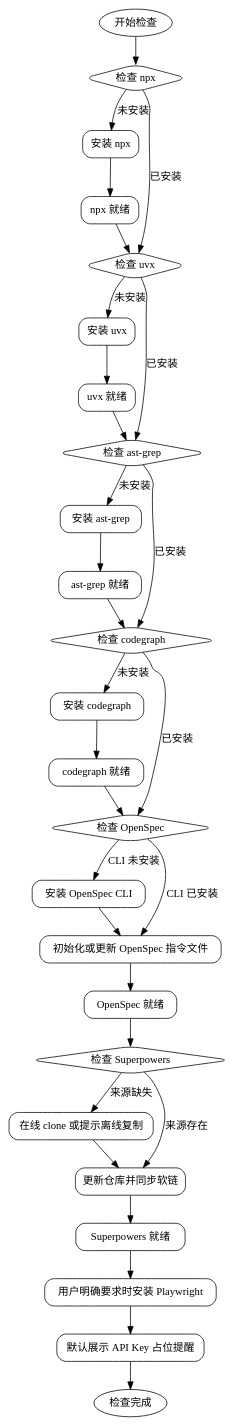
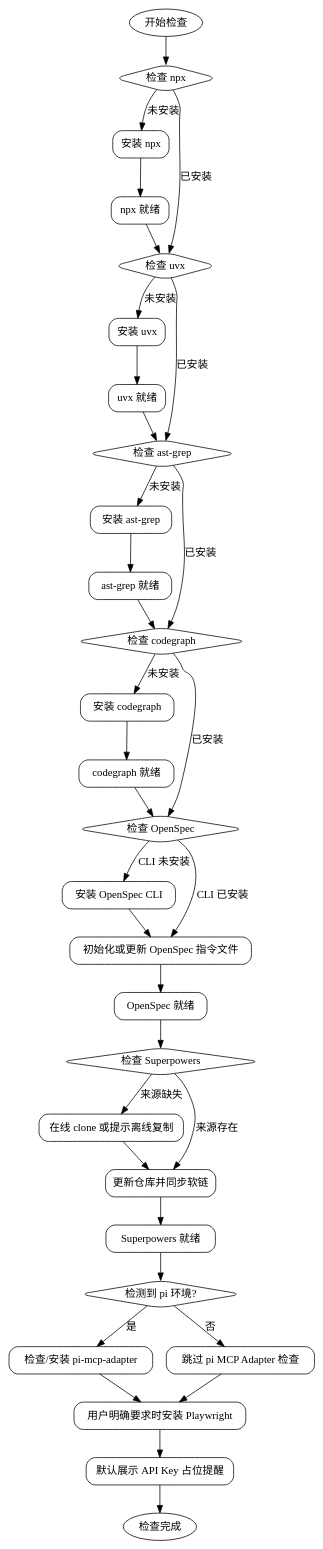
One commit to michaelChe956/Cadence-skills changed the second of 2 diagrams in cadence-init/skills/pre-check/SKILL.md. Above: the diagram before and after it, drawn with Graphviz. The commit also changed other lines of this file, not shown here.

Commit message:
docs(cadence-init): pre-check 新增 pi-mcp-adapter 条件检查

````diff
--- a/cadence-init/skills/pre-check/SKILL.md
+++ b/cadence-init/skills/pre-check/SKILL.md
@@ -133,74 +134,81 @@
 ```dot
 digraph check_flow {
     rankdir=TB;
     node [shape=box, style="rounded"];
 
     start [label="开始检查", shape=ellipse];
 
     check_npx [label="检查 npx", shape=diamond];
     install_npx [label="安装 npx"];
     npx_done [label="npx 就绪"];
 
     check_uvx [label="检查 uvx", shape=diamond];
     install_uvx [label="安装 uvx"];
     uvx_done [label="uvx 就绪"];
 
     check_ast_grep [label="检查 ast-grep", shape=diamond];
     install_ast_grep [label="安装 ast-grep"];
     ast_grep_done [label="ast-grep 就绪"];
 
     check_codegraph [label="检查 codegraph", shape=diamond];
     install_codegraph [label="安装 codegraph"];
     codegraph_done [label="codegraph 就绪"];
 
     check_openspec [label="检查 OpenSpec", shape=diamond];
     install_openspec [label="安装 OpenSpec CLI"];
     sync_openspec [label="初始化或更新 OpenSpec 指令文件"];
     openspec_done [label="OpenSpec 就绪"];
 
     check_superpowers [label="检查 Superpowers", shape=diamond];
     clone_superpowers [label="在线 clone 或提示离线复制"];
     sync_superpowers [label="更新仓库并同步软链"];
     superpowers_done [label="Superpowers 就绪"];
 
+    check_pi_mcp [label="检测到 pi 环境?", shape=diamond];
+    install_pi_mcp [label="检查/安装 pi-mcp-adapter"];
+    skip_pi_mcp [label="跳过 pi MCP Adapter 检查"];
     optional_playwright [label="用户明确要求时安装 Playwright", shape=box];
     remind_apikey [label="默认展示 API Key 占位提醒"];
 
     end [label="检查完成", shape=ellipse];
 
     start -> check_npx;
     check_npx -> install_npx [label="未安装"];
     check_npx -> check_uvx [label="已安装"];
     install_npx -> npx_done;
     npx_done -> check_uvx;
 
     check_uvx -> install_uvx [label="未安装"];
     check_uvx -> check_ast_grep [label="已安装"];
     install_uvx -> uvx_done;
     uvx_done -> check_ast_grep;
 
     check_ast_grep -> install_ast_grep [label="未安装"];
     check_ast_grep -> check_codegraph [label="已安装"];
     install_ast_grep -> ast_grep_done;
     ast_grep_done -> check_codegraph;
 
     check_codegraph -> install_codegraph [label="未安装"];
     check_codegraph -> check_openspec [label="已安装"];
     install_codegraph -> codegraph_done;
     codegraph_done -> check_openspec;
 
     check_openspec -> install_openspec [label="CLI 未安装"];
     check_openspec -> sync_openspec [label="CLI 已安装"];
     install_openspec -> sync_openspec;
     sync_openspec -> openspec_done;
     openspec_done -> check_superpowers;
 
     check_superpowers -> clone_superpowers [label="来源缺失"];
     check_superpowers -> sync_superpowers [label="来源存在"];
     clone_superpowers -> sync_superpowers;
     sync_superpowers -> superpowers_done;
-    superpowers_done -> optional_playwright;
+    superpowers_done -> check_pi_mcp;
+    check_pi_mcp -> install_pi_mcp [label="是"];
+    check_pi_mcp -> skip_pi_mcp [label="否"];
+    install_pi_mcp -> optional_playwright;
+    skip_pi_mcp -> optional_playwright;
     optional_playwright -> remind_apikey;
     remind_apikey -> end;
 }
 ```
````
